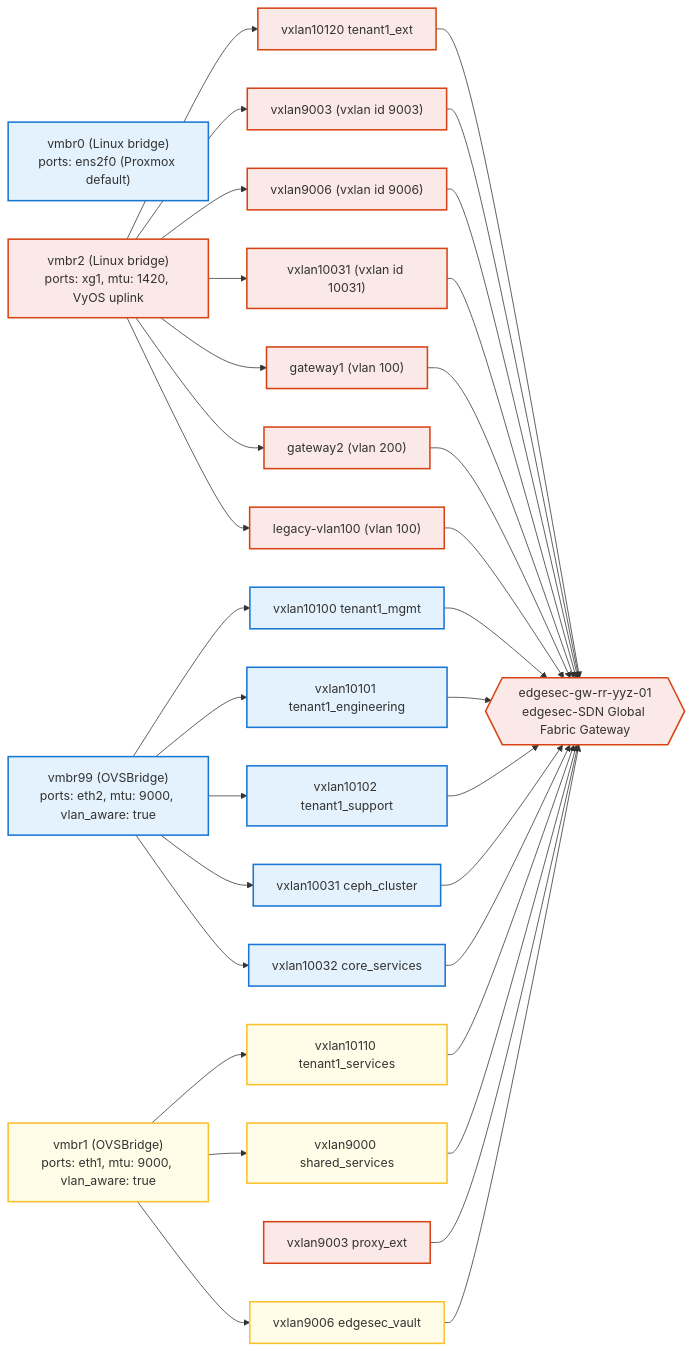
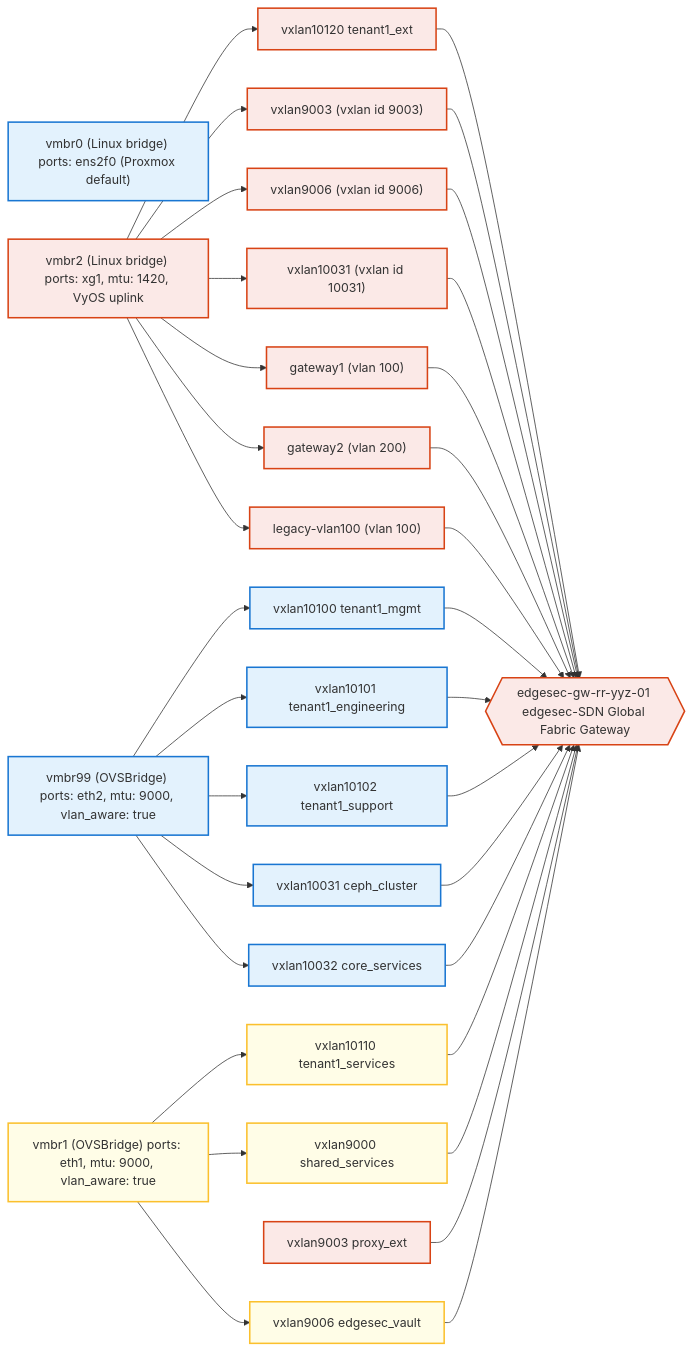
One commit to CEP-Comwell/proxmox_addons changed the first of 5 diagrams in README.md. Above: the diagram before and after it, drawn with Mermaid.

Commit message:
updated diagram remove \n newline chars

````diff
--- a/README.md
+++ b/README.md
@@ -20,78 +20,78 @@
 ```mermaid
 graph LR
 
 %% Bridges
-ProxmoxBridge["vmbr0 (Linux bridge)\nports: ens2f0 (Proxmox default)"]
-MgmtBridge["vmbr99 (OVSBridge)\nports: eth2, mtu: 9000, vlan_aware: true"]
-VMBridge["vmbr1 (OVSBridge)\nports: eth1, mtu: 9000, vlan_aware: true"]
-ExtBridge["vmbr2 (Linux bridge)\nports: xg1, mtu: 1420, VyOS uplink"]
+ProxmoxBridge["vmbr0 (Linux bridge) ports: ens2f0 (Proxmox default)"]
+MgmtBridge["vmbr99 (OVSBridge) ports: eth2, mtu: 9000, vlan_aware: true"]
+VMBridge["vmbr1 (OVSBridge) ports: eth1, mtu: 9000, vlan_aware: true"]
+ExtBridge["vmbr2 (Linux bridge) ports: xg1, mtu: 1420, VyOS uplink"]
 
 %% vmbr2 subinterfaces
 Gateway1["gateway1 (vlan 100)"]
 Gateway2["gateway2 (vlan 200)"]
 LegacyVLAN["legacy-vlan100 (vlan 100)"]
 VX10031Ifc["vxlan10031 (vxlan id 10031)"]
 VX9003Ifc["vxlan9003 (vxlan id 9003)"]
 VX9006Ifc["vxlan9006 (vxlan id 9006)"]
 
 %% VXLANs and Gateway
 VX10100["vxlan10100 tenant1_mgmt"]
 VX10101["vxlan10101 tenant1_engineering"]
 VX10102["vxlan10102 tenant1_support"]
 VX10031["vxlan10031 ceph_cluster"]
 VX10032["vxlan10032 core_services"]
 VX10110["vxlan10110 tenant1_services"]
 VX9000["vxlan9000 shared_services"]
 VX9006["vxlan9006 edgesec_vault"]
 VX9003["vxlan9003 proxy_ext"]
 VX10120["vxlan10120 tenant1_ext"]
-edgesecGW{{"edgesec-gw-rr-yyz-01\nedgesec-SDN Global Fabric Gateway"}}
+edgesecGW{{"edgesec-gw-rr-yyz-01 edgesec-SDN Global Fabric Gateway"}}
 
 %% Bridge to VNI relationships
 MgmtBridge --> VX10100
 MgmtBridge --> VX10101
 MgmtBridge --> VX10102
 MgmtBridge --> VX10031
 MgmtBridge --> VX10032
 
 VMBridge --> VX10110
 VMBridge --> VX9000
 VMBridge --> VX9006
 
 ExtBridge --> VX10120
 ExtBridge --> VX9003Ifc
 ExtBridge --> VX9006Ifc
 ExtBridge --> VX10031Ifc
 ExtBridge --> Gateway1
 ExtBridge --> Gateway2
 ExtBridge --> LegacyVLAN
 
 %% vmbr2 subinterfaces feeding Gateway / SDN fabric
 Gateway1 --> edgesecGW
 Gateway2 --> edgesecGW
 LegacyVLAN --> edgesecGW
 VX10031Ifc --> edgesecGW
 VX9003Ifc --> edgesecGW
 VX9006Ifc --> edgesecGW
 
 %% SDN fabric VNIs terminate on Gateway
 VX10100 --> edgesecGW
 VX10101 --> edgesecGW
 VX10102 --> edgesecGW
 VX10110 --> edgesecGW
 VX9000 --> edgesecGW
 VX9006 --> edgesecGW
 VX9003 --> edgesecGW
 VX10120 --> edgesecGW
 VX10031 --> edgesecGW
 VX10032 --> edgesecGW
 
 %% Color coding
 classDef mgmt fill:#e3f2fd,stroke:#1976d2,stroke-width:2px;
 classDef vm fill:#fffde7,stroke:#fbc02d,stroke-width:2px;
 classDef ext fill:#fbe9e7,stroke:#d84315,stroke-width:2px;
 class ProxmoxBridge mgmt;
 class MgmtBridge,VX10100,VX10101,VX10102,VX10031,VX10032 mgmt;
 class VMBridge,VX10110,VX9000,VX9006 vm;
 class ExtBridge,Gateway1,Gateway2,LegacyVLAN,VX10031Ifc,VX9003Ifc,VX9006Ifc,VX9003,VX10120,edgesecGW ext;
 ```
````
